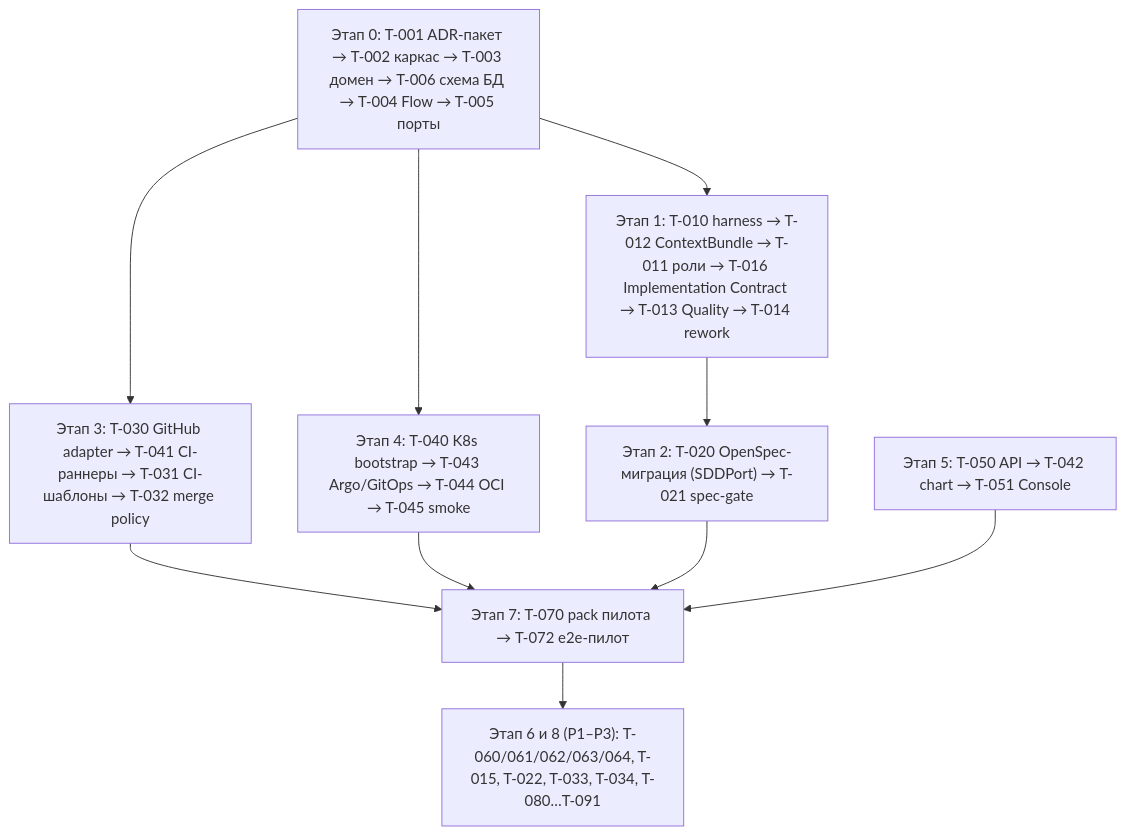
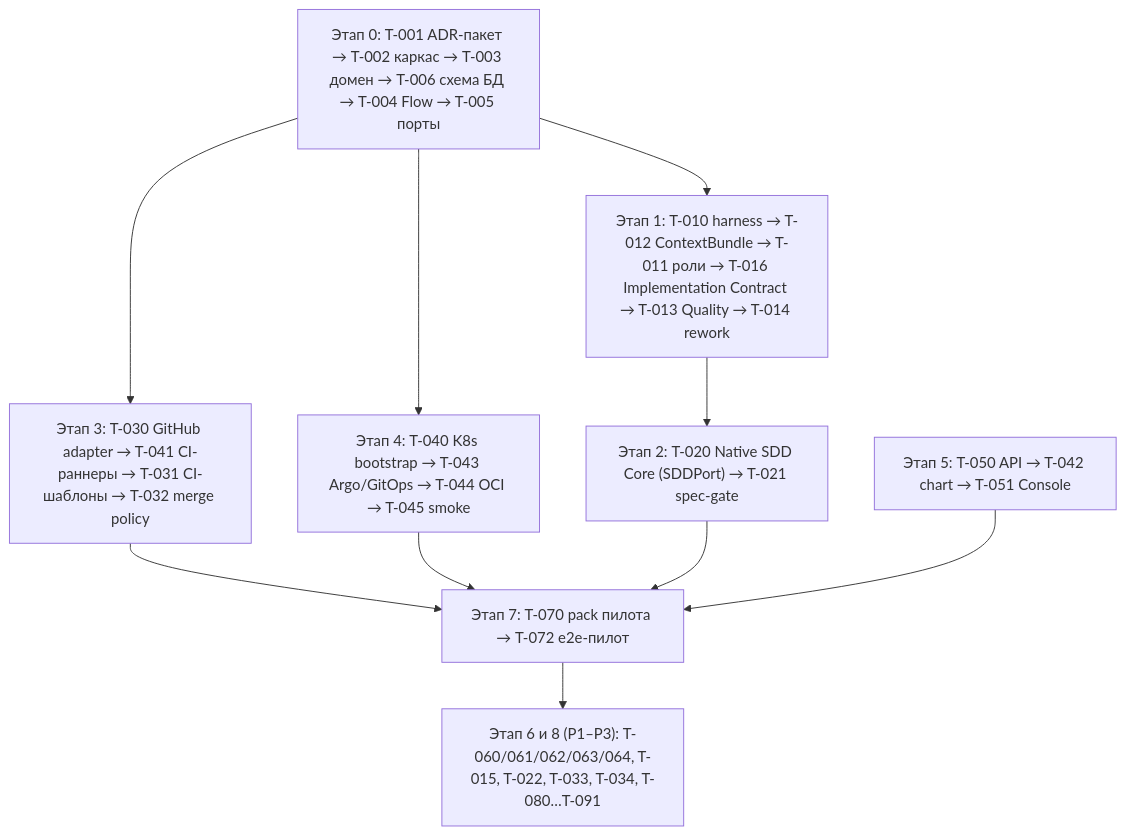
One commit to vadagama/dark-factory-mvp changed the diagram in docs/plan.md. Above: the diagram before and after it, drawn with Mermaid. The commit also changed other lines of this file and 11 other files, not shown here.

Commit message:
docs: adopt Native SDD Core as canonical SDD model (ADR-020)

````diff
--- a/docs/plan.md
+++ b/docs/plan.md
@@ -631,20 +633,20 @@
 ```mermaid
 flowchart TD
     A0["Этап 0: T-001 ADR-пакет → T-002 каркас → T-003 домен → T-006 схема БД → T-004 Flow → T-005 порты"]
     A1["Этап 1: T-010 harness → T-012 ContextBundle → T-011 роли → T-016 Implementation Contract → T-013 Quality → T-014 rework"]
-    A2["Этап 2: T-020 OpenSpec-миграция (SDDPort) → T-021 spec-gate"]
+    A2["Этап 2: T-020 Native SDD Core (SDDPort) → T-021 spec-gate"]
     A3["Этап 3: T-030 GitHub adapter → T-041 CI-раннеры → T-031 CI-шаблоны → T-032 merge policy"]
     A4["Этап 4: T-040 K8s bootstrap → T-043 Argo/GitOps → T-044 OCI → T-045 smoke"]
     A5["Этап 5: T-050 API → T-042 chart → T-051 Console"]
     A6["Этап 7: T-070 pack пилота → T-072 e2e-пилот"]
     A7["Этап 6 и 8 (P1–P3): T-060/061/062/063/064, T-015, T-022, T-033, T-034, T-080…T-091"]
     A0 --> A1
     A0 --> A3
     A0 --> A4
     A1 --> A2
     A3 --> A6
     A4 --> A6
     A2 --> A6
     A5 --> A6
     A6 --> A7
 ```
````
